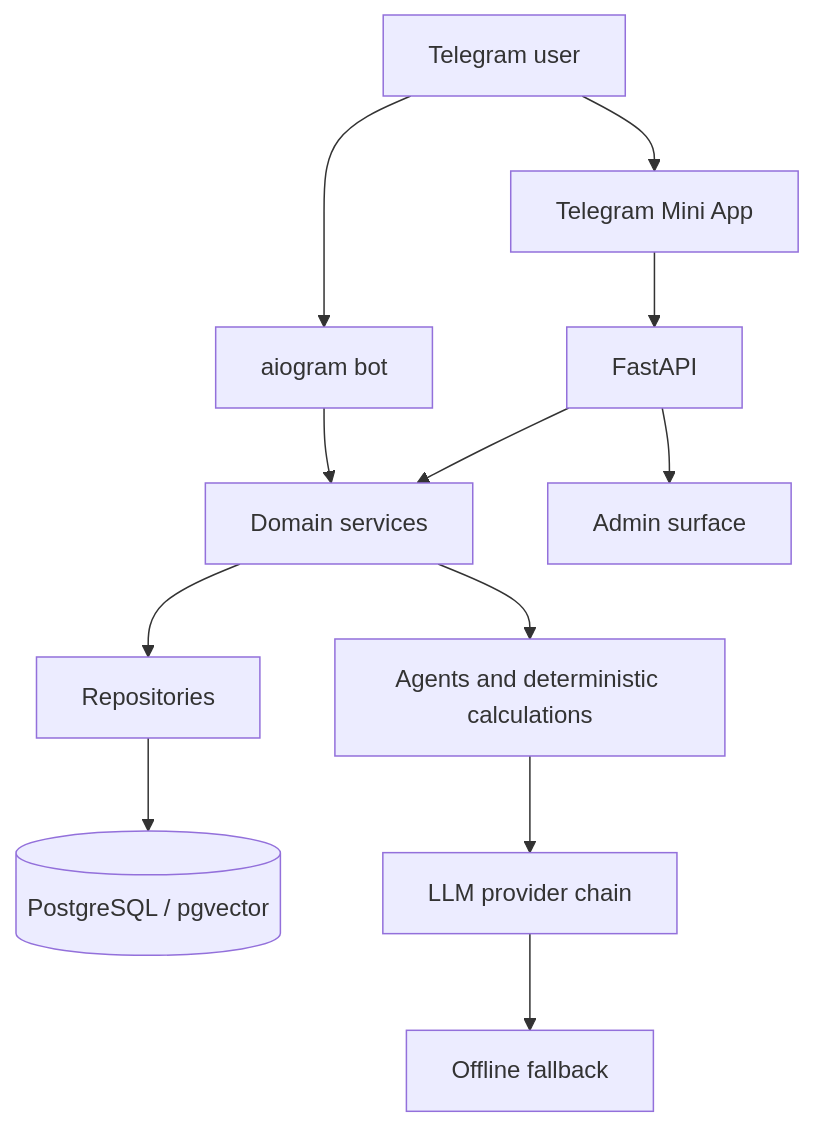
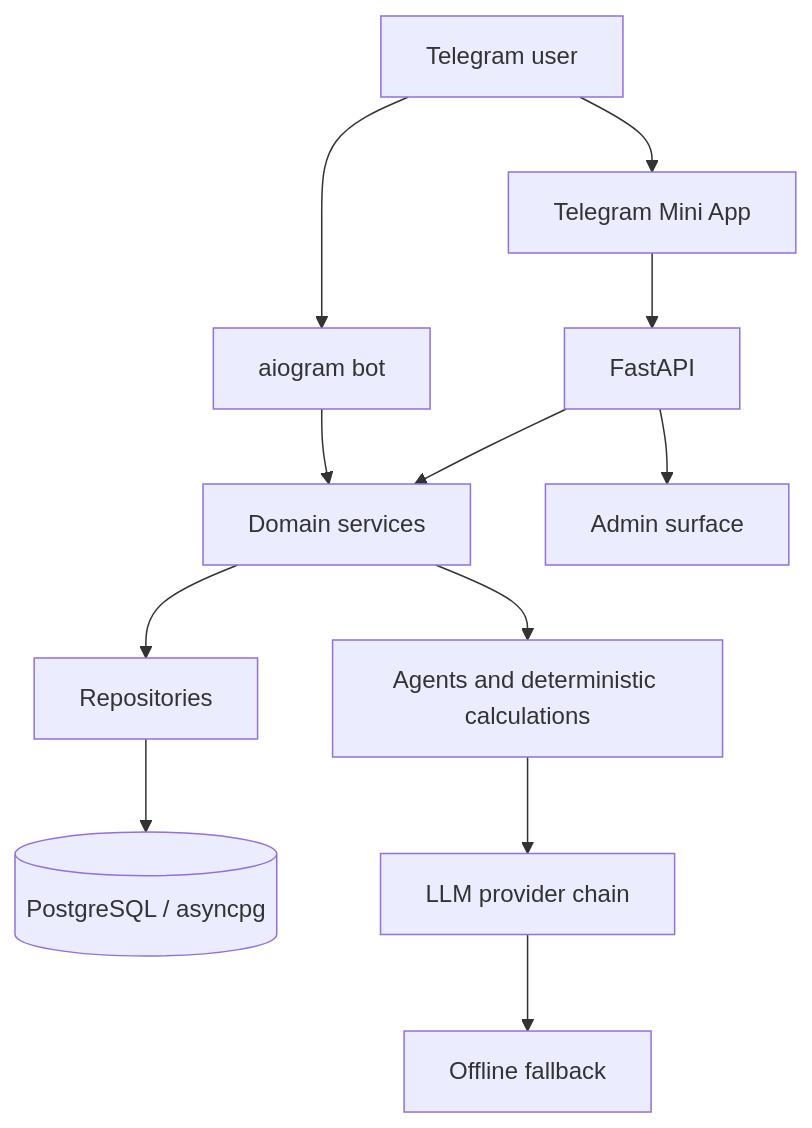
Before and after one commit to astartv1ai-del/oracleAI: the first of 3 diagrams in docs/ARCHITECTURE.md, drawn with Mermaid. The commit also changed other lines of this file and 25 other files, not shown here.

````diff
--- a/docs/ARCHITECTURE.md
+++ b/docs/ARCHITECTURE.md
@@ -19,14 +19,14 @@
 ```mermaid
 flowchart TB
     U[Telegram user] --> B[aiogram bot]
     U --> W[Telegram Mini App]
     W --> F[FastAPI]
     B --> S[Domain services]
     F --> S
     S --> A[Agents and deterministic calculations]
     S --> R[Repositories]
-    R --> D[(PostgreSQL / pgvector)]
+    R --> D[(PostgreSQL / asyncpg)]
     A --> P[LLM provider chain]
     P --> O[Offline fallback]
     F --> ADM[Admin surface]
 ```
````
